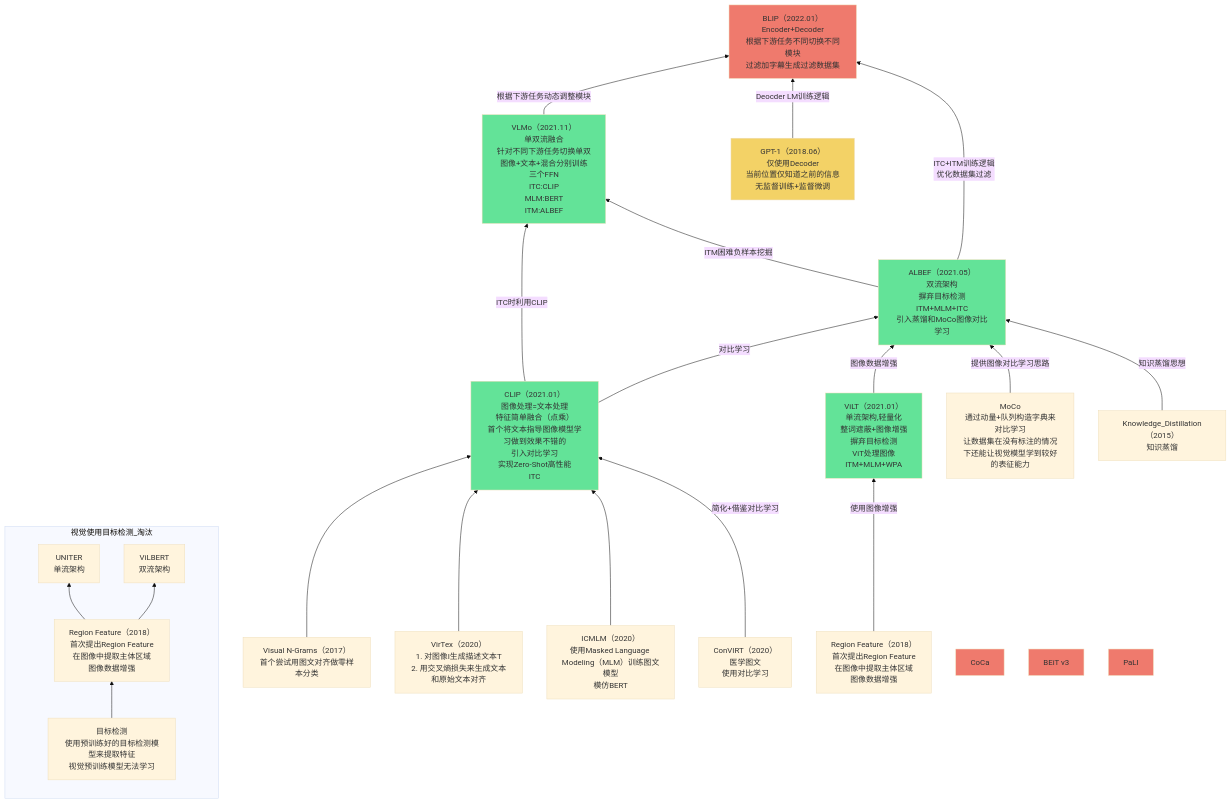
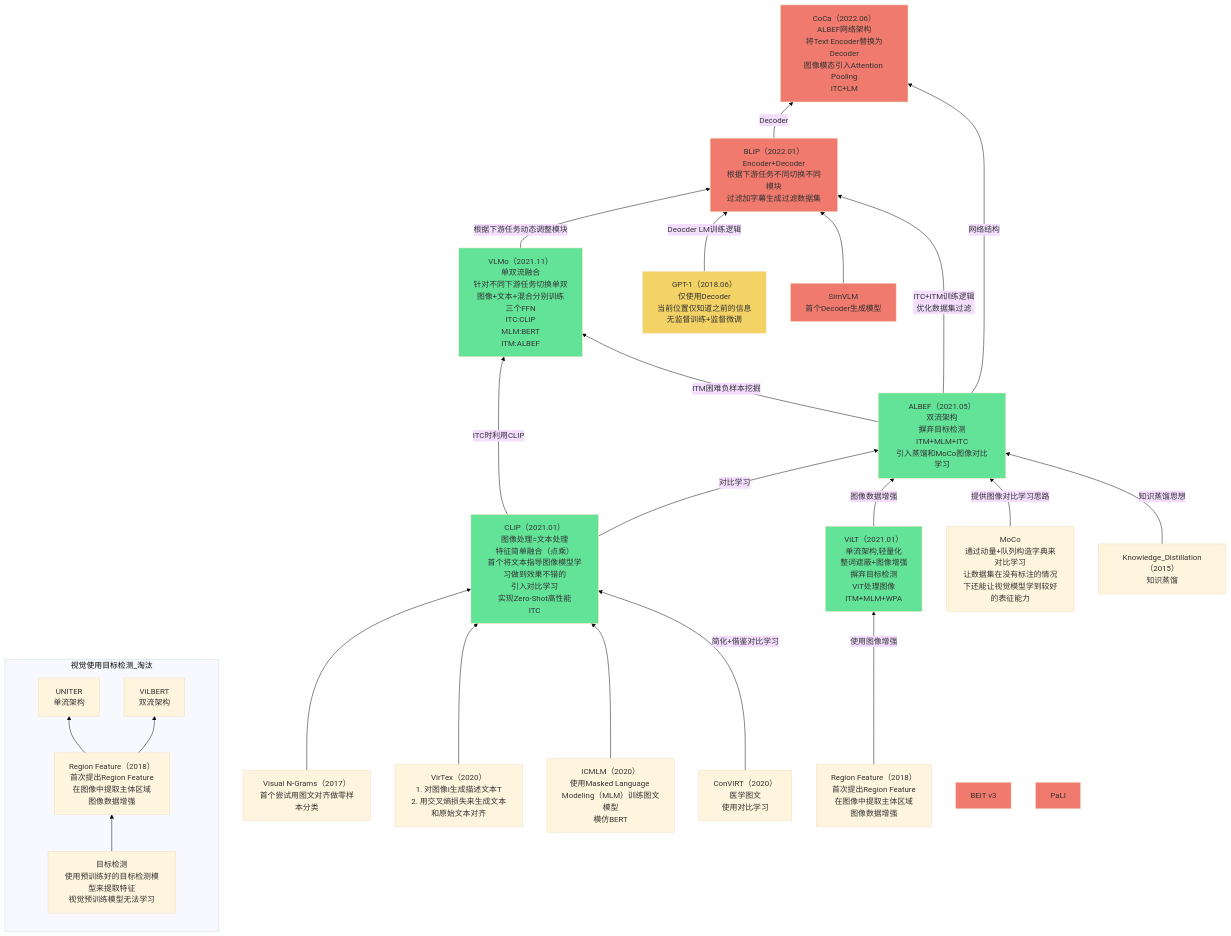
One commit to Elephant-King9/Paper changed the third of 5 diagrams in Base_Model/VLM+VLLM/analyse.md. Above: the diagram before and after it, drawn with Mermaid (base theme). The commit also changed other lines of this file and 7 other files, not shown here.

````diff
--- a/Base_Model/VLM+VLLM/analyse.md
+++ b/Base_Model/VLM+VLLM/analyse.md
@@ -81,58 +86,62 @@
 ```mermaid
 flowchart BT
 	subgraph 视觉使用目标检测_淘汰
 		direction BT
 		目标检测-->Region_Feature_1
     Region_Feature_1-->UNITER
     Region_Feature_1-->ViLBERT
 	end
 	Region_Feature-->|使用图像增强|ViLT
 	Visual_N-Grams-->CLIP
 	VirTex-->CLIP
 	ICMLM-->CLIP
 	ConVIRT-->|简化+借鉴对比学习|CLIP
 	MoCo-->|提供图像对比学习思路|ALBEF
 	Knowledge_Distillation-->|知识蒸馏思想|ALBEF
 	CLIP-->|ITC时利用CLIP|VLMo
 	CLIP-->|对比学习|ALBEF
 	ViLT-->|图像数据增强|ALBEF
 	ALBEF-->|ITM困难负样本挖掘|VLMo
 	VLMo-->|根据下游任务动态调整模块|BLIP
 	ALBEF-->|ITC+ITM训练逻辑<br>优化数据集过滤|BLIP
 	GPT-1-->|Deocder LM训练逻辑|BLIP
-	
+	SimVLM-->BLIP
+	ALBEF-->|网络结构|CoCa
+	BLIP-->|Decoder|CoCa
 	
 	
 	
 	
 
 	目标检测[目标检测<br>使用预训练好的目标检测模型来提取特征<br>视觉预训练模型无法学习]
 	ViLT[ViLT（2021.01）<br>单流架构,轻量化<br>整词遮蔽+图像增强<br>摒弃目标检测<br>ViT处理图像<br>ITM+MLM+WPA]
 		style ViLT fill:#63E398
 	CLIP[CLIP（2021.01）<br>图像处理=文本处理<br>特征简单融合（点乘）<br>首个将文本指导图像模型学习做到效果不错的<br>引入对比学习<br>实现Zero-Shot高性能<br>ITC]
 		style CLIP fill:#63E398
 	ALBEF[ALBEF（2021.05）<br>双流架构<br>摒弃目标检测<br>ITM+MLM+ITC<br>引入蒸馏和MoCo图像对比学习]
 		style ALBEF fill:#63E398
 	VLMo[VLMo（2021.11）<br>单双流融合<br>针对不同下游任务切换单双<br>图像+文本+混合分别训练<br>三个FFN<br>ITC:CLIP<br>MLM:BERT<br>ITM:ALBEF]
 		style VLMo fill:#63E398
 	BLIP[BLIP（2022.01）<br>Encoder+Decoder<br>根据下游任务不同切换不同模块<br>过滤加字幕生成过滤数据集]
 		style BLIP fill:#EF7A6D
-	CoCa[CoCa]
+	CoCa[CoCa（2022.06）<br>ALBEF网络架构<br>将Text Encoder替换为Decoder<br>图像模态引入Attention Pooling<br>ITC+LM]
 		style CoCa fill:#EF7A6D
 	BEiT_v3[BEiT v3]
 		style BEiT_v3 fill:#EF7A6D
 	PaLI[PaLI]
 		style PaLI fill:#EF7A6D
 	VirTex[VirTex（2020）<br>1. 对图像I生成描述文本T<br>2. 用交叉熵损失来生成文本和原始文本对齐]
 	ICMLM[ICMLM（2020）<br>使用Masked Language Modeling（MLM）训练图文模型<br>模仿BERT]
 	ConVIRT[ConVIRT（2020）<br>医学图文<br>使用对比学习]
 	Visual_N-Grams[Visual N-Grams（2017）<br>首个尝试用图文对齐做零样本分类]
 	Region_Feature[Region Feature（2018）<br>首次提出Region Feature<br>在图像中提取主体区域<br>图像数据增强]
 	Region_Feature_1[Region Feature（2018）<br>首次提出Region Feature<br>在图像中提取主体区域<br>图像数据增强]
 	UNITER[UNITER<br>单流架构]
 	ViLBERT[ViLBERT<br>双流架构]
 	MoCo[MoCo<br>通过动量+队列构造字典来对比学习<br>让数据集在没有标注的情况下还能让视觉模型学到较好的表征能力]
 	Knowledge_Distillation[Knowledge_Distillation（2015）<br>知识蒸馏]
 	GPT-1[GPT-1（2018.06）<br>仅使用Decoder<br>当前位置仅知道之前的信息<br>无监督训练+监督微调]
-	style GPT-1 fill:#F3D266
+		style GPT-1 fill:#F3D266
+	SimVLM[SimVLM<br>首个Decoder生成模型]
+		style SimVLM fill:#EF7A6D
 ```
````
